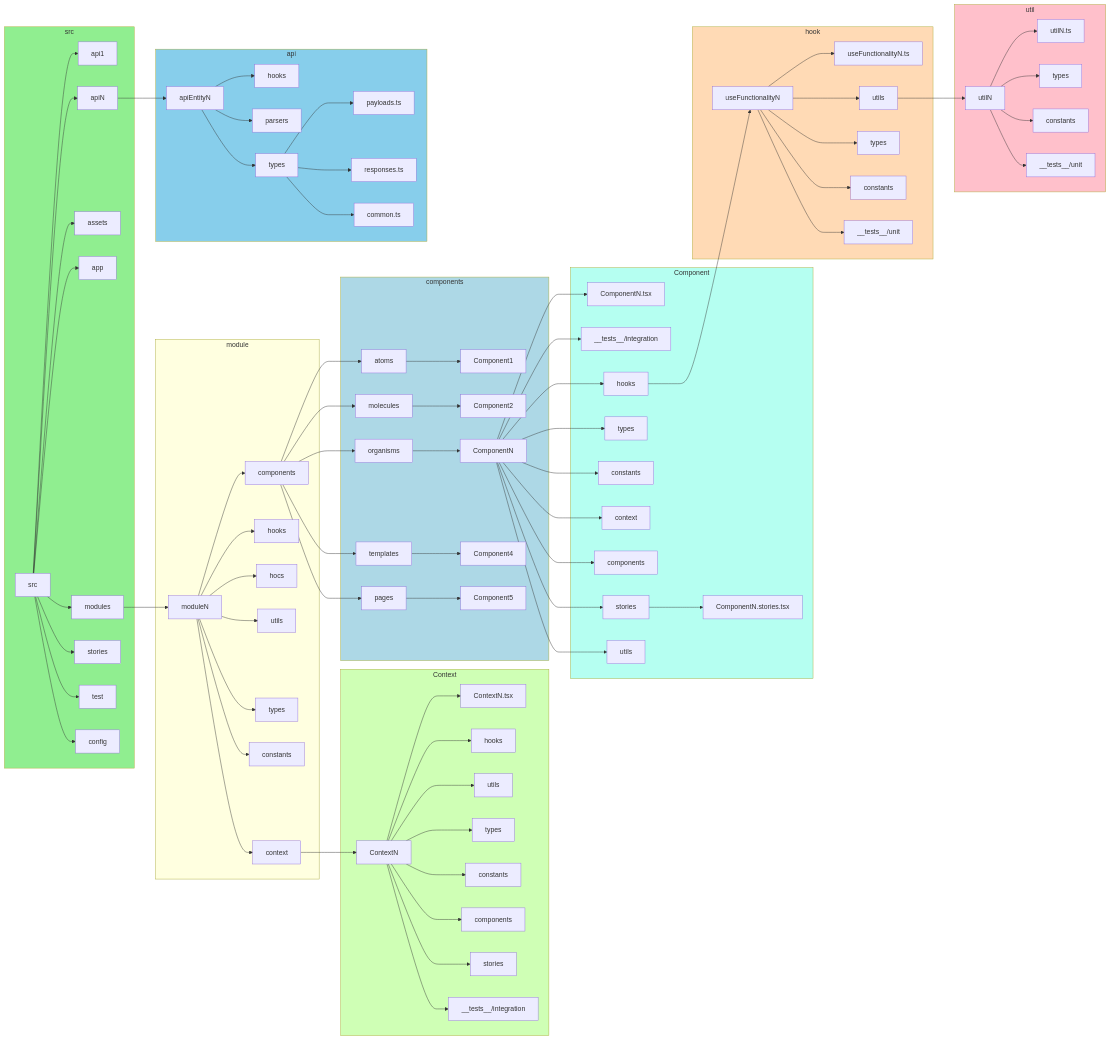
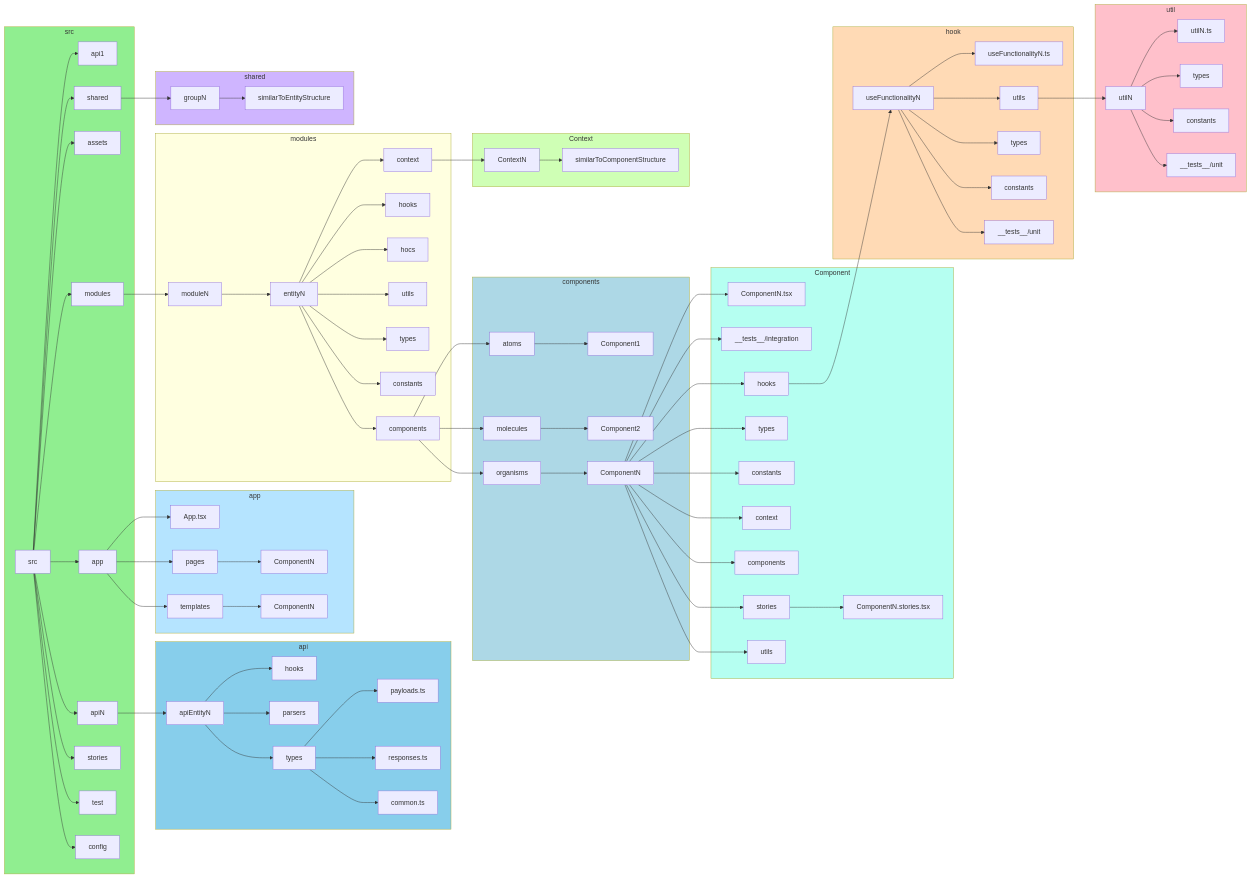
One commit to runespoor-engineering/runespoorstack changed the first of 10 diagrams in apps/archive/docs/engineering-playbook/source-control/simple-react-files-stricture.mdx. Above: the diagram before and after it, drawn with Mermaid.

Commit message:
chore: restructure React files and add shared folder

````diff
--- a/apps/archive/docs/engineering-playbook/source-control/simple-react-files-stricture.mdx
+++ b/apps/archive/docs/engineering-playbook/source-control/simple-react-files-stricture.mdx
@@ -16,9 +16,18 @@
     src --> assets
     src --> app
     src --> modules
+    src --> shared
     src --> stories
     src --> test
     src --> config
+  end
+
+  subgraph appBlock[app]
+    app --> App.tsx
+    app --> pages
+    app --> templates
+    pages --> pageComponentN[ComponentN]
+    templates --> templateComponentN[ComponentN]
   end
 
   subgraph apiBlock[api]
@@ -31,28 +40,30 @@
     apiEntityTypes --> common.ts
   end
 
-  subgraph moduleBlock[module]
+  subgraph modulesBlock[modules]
     modules --> moduleN
-    moduleN --> moduleComponents[components]
-    moduleN --> moduleHooks[hooks]
-    moduleN --> moduleHocs[hocs]
-    moduleN --> moduleUtils[utils]
-    moduleN --> moduleTypes[types]
-    moduleN --> moduleConstants[constants]
-    moduleN --> moduleContext[context]
+    moduleN --> entityN
+    entityN --> entityComponents[components]
+    entityN --> entityHooks[hooks]
+    entityN --> entityHocs[hocs]
+    entityN --> entityUtils[utils]
+    entityN --> entityTypes[types]
+    entityN --> entityConstants[constants]
+    entityN --> entityContext[context]
+  end
+
+  subgraph sharedBlock[shared]
+    shared --> groupN
+    groupN --> similarToEntityStructure
   end
 
   subgraph componentsBlock[components]
-    moduleComponents --> atoms
-    moduleComponents --> molecules
-    moduleComponents --> organisms
-    moduleComponents --> templates
-    moduleComponents --> pages
+    entityComponents --> atoms
+    entityComponents --> molecules
+    entityComponents --> organisms
     atoms --> Component1
     molecules --> Component2
     organisms --> ComponentN
-    templates --> Component4
-    pages --> Component5
   end
 
   subgraph componentBlock[Component]
@@ -86,24 +97,18 @@
   end
 
   subgraph contextBlock[Context]
-    moduleContext --> ContextN
-    ContextN --> ContextN.tsx
-    ContextN --> contextHooks[hooks]
-    ContextN --> contextUtils[utils]
-    ContextN --> contextTypes[types]
-    ContextN --> contextConstants[constants]
-    ContextN --> contextComponents[components]
-    ContextN --> contextStories[stories]
-    ContextN --> contextTests[__tests__/integration]
+    entityContext --> ContextN
+    ContextN --> similarToComponentStructure
   end
 
   style srcBlock fill:lightgreen
   style apiBlock fill:skyblue
-  style moduleBlock fill:lightyellow
+  style appBlock fill:#b5e4ff
+  style modulesBlock fill:lightyellow
+  style sharedBlock fill:#cfb5ff
   style componentsBlock fill:lightblue
   style componentBlock fill:#b5fff1
   style hookBlock fill:#ffdab5
   style utilBlock fill:pink
   style contextBlock fill:#cfffb5
-
 ```
````
